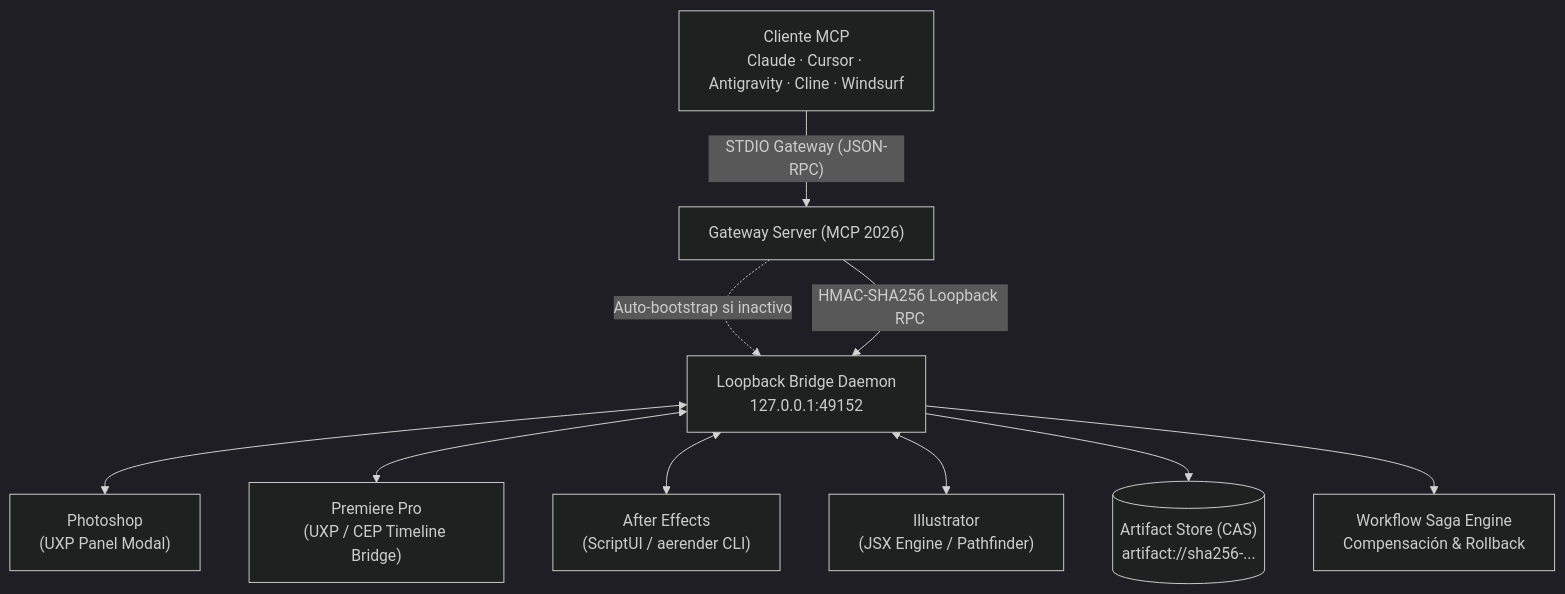
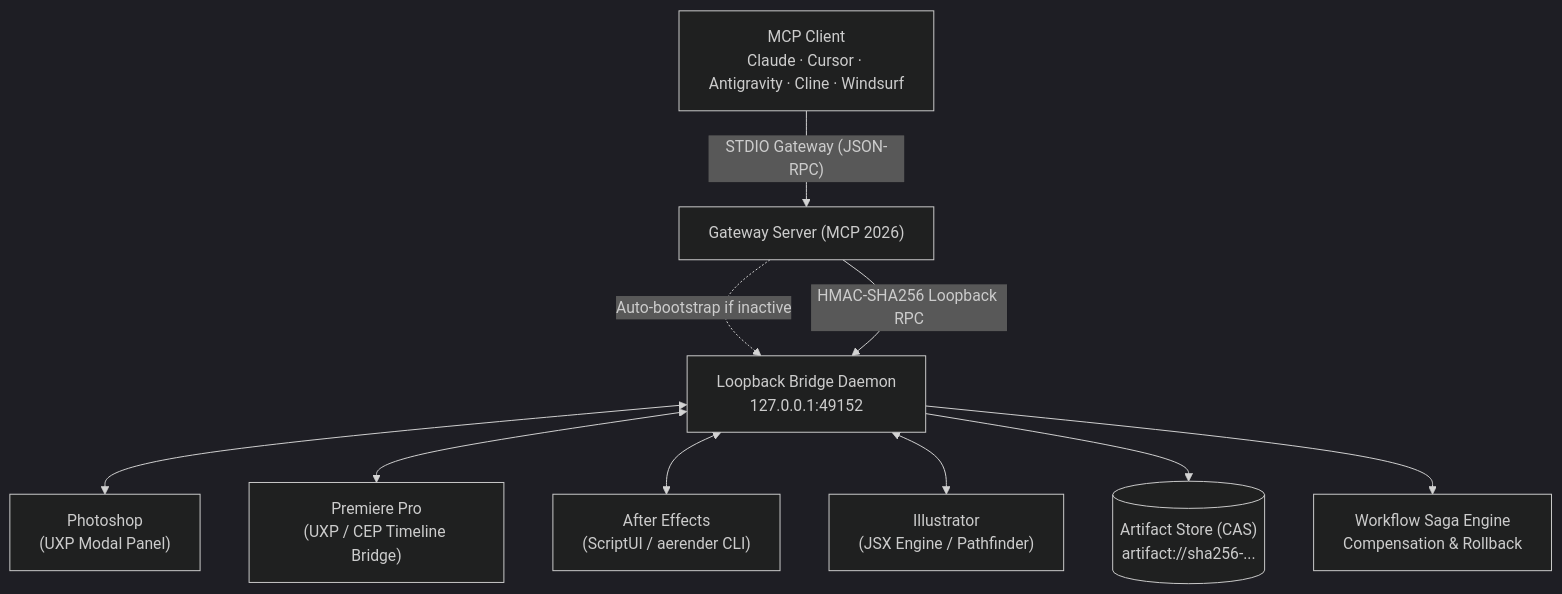
Before and after one commit to hyukudan/kirei-adobe-mcp: the diagram in README.md, drawn with Mermaid (dark theme). The commit also changed other lines of this file and 8 other files, not shown here.

````diff
--- a/README.md
+++ b/README.md
@@ -137,14 +141,14 @@
 ```mermaid
 flowchart TD
-  Client["Cliente MCP<br/>Claude · Cursor · Antigravity · Cline · Windsurf"] -->|"STDIO Gateway (JSON-RPC)"| Gateway["Gateway Server (MCP 2026)"]
-  Gateway -.->|"Auto-bootstrap si inactivo"| Daemon
+  Client["MCP Client<br/>Claude · Cursor · Antigravity · Cline · Windsurf"] -->|"STDIO Gateway (JSON-RPC)"| Gateway["Gateway Server (MCP 2026)"]
+  Gateway -.->|"Auto-bootstrap if inactive"| Daemon
   Gateway -->|"HMAC-SHA256 Loopback RPC"| Daemon["Loopback Bridge Daemon<br/>127.0.0.1:49152"]
   
-  Daemon <--> PS["Photoshop<br/>(UXP Panel Modal)"]
+  Daemon <--> PS["Photoshop<br/>(UXP Modal Panel)"]
   Daemon <--> PR["Premiere Pro<br/>(UXP / CEP Timeline Bridge)"]
   Daemon <--> AE["After Effects<br/>(ScriptUI / aerender CLI)"]
   Daemon <--> AI["Illustrator<br/>(JSX Engine / Pathfinder)"]
   
   Daemon --> CAS[("Artifact Store (CAS)<br/>artifact://sha256-...")]
-  Daemon --> Sagas["Workflow Saga Engine<br/>Compensación & Rollback"]
+  Daemon --> Sagas["Workflow Saga Engine<br/>Compensation & Rollback"]
 ```
````
